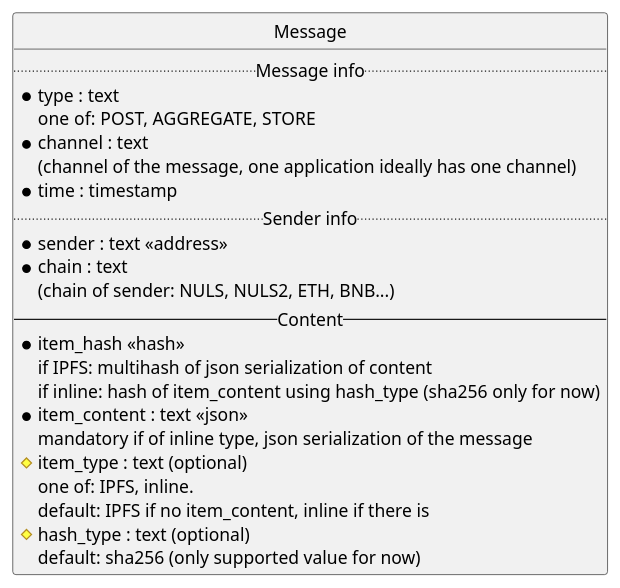
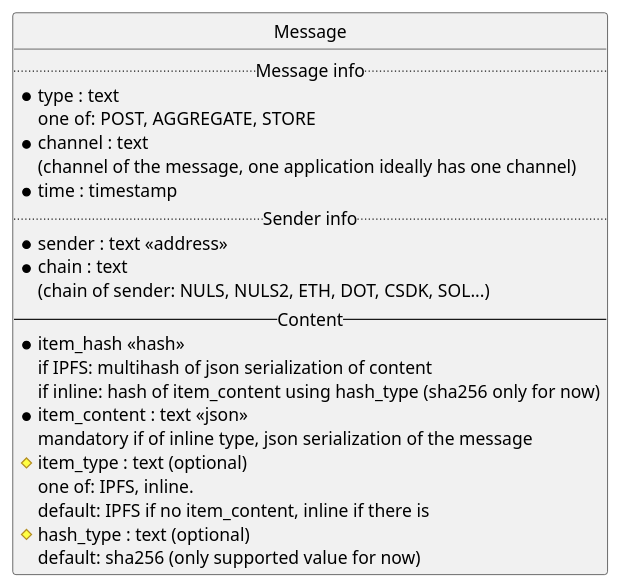
Before and after one commit to aleph-im/pyaleph: the first of 2 diagrams in docs/protocol/messages/index.rst, drawn with PlantUML. The commit also changed 12 other files, not shown here.

```diff
--- a/docs/protocol/messages/index.rst
+++ b/docs/protocol/messages/index.rst
@@ -12,29 +12,29 @@
 .. uml::
 
     @startuml
         entity Message {
             .. Message info ..
             *type : text
             one of: POST, AGGREGATE, STORE
             *channel : text
             (channel of the message, one application ideally has one channel)
             *time : timestamp
             .. Sender info ..
             *sender : text <<address>>
             *chain : text
-            (chain of sender: NULS, NULS2, ETH, BNB...)
+            (chain of sender: NULS, NULS2, ETH, DOT, CSDK, SOL...)
             -- Content --
             *item_hash <<hash>>
             if IPFS: multihash of json serialization of content
             if inline: hash of item_content using hash_type (sha256 only for now)
             *item_content : text <<json>>
             mandatory if of inline type, json serialization of the message
             #item_type : text (optional)
             one of: IPFS, inline.
             default: IPFS if no item_content, inline if there is
             #hash_type : text (optional)
             default: sha256 (only supported value for now)
         }
 
         hide circle
     @enduml
```
